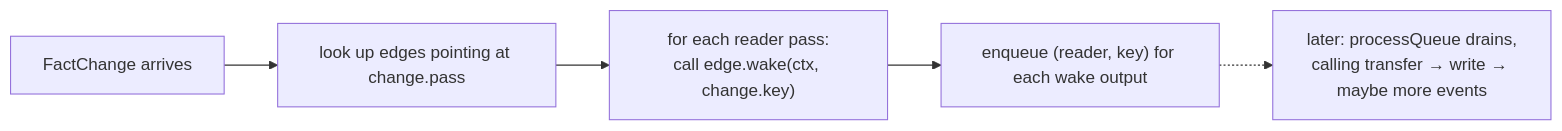
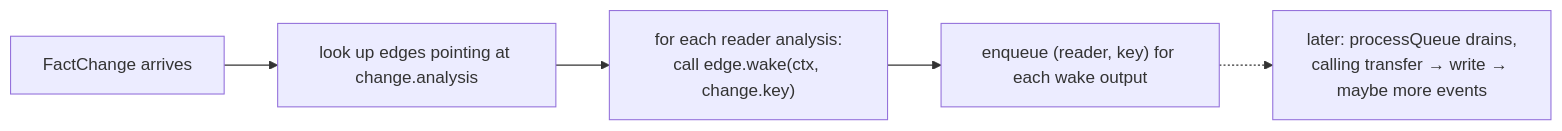
Before and after one commit to loyaltypollution/py-slang: diagram 13 of 14 in docs/dfa-framework-tutorial.md, drawn with Mermaid. The commit also changed other lines of this file and 49 other files, not shown here.

````diff
--- a/docs/dfa-framework-tutorial.md
+++ b/docs/dfa-framework-tutorial.md
@@ -533,9 +648,9 @@
 ```mermaid
 flowchart LR
     fc["FactChange arrives"]
-    rd["look up edges pointing at change.pass"]
-    pj["for each reader pass:<br/>call edge.wake(ctx, change.key)"]
+    rd["look up edges pointing at change.analysis"]
+    pj["for each reader analysis:<br/>call edge.wake(ctx, change.key)"]
     eq["enqueue (reader, key) for each wake output"]
     drain["later: processQueue drains,<br/>calling transfer → write → maybe more events"]
     fc --> rd --> pj --> eq -.-> drain
 ```
````
